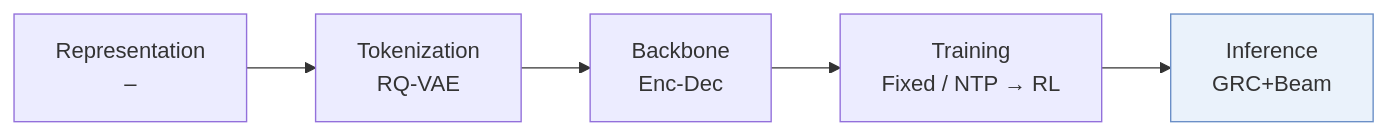
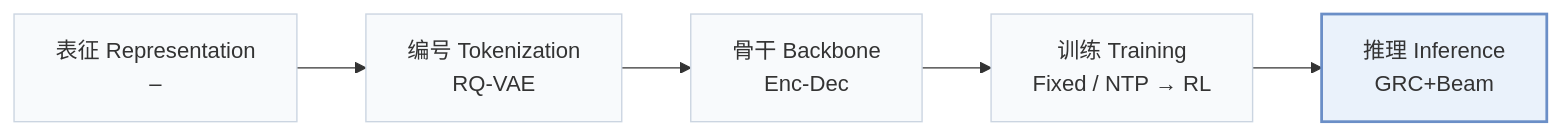
The first of 2 diagrams in pages/zh/papers/grc.md (Galaxy-ghost/Awesome-SID-Generative-Rec), drawn with Mermaid before and after one commit. The commit also changed other lines of this file and 649 other files, not shown here.

Commit message:
writer-05: also tags and modality index (schema, check, build, visuals); summary field removed; calibration data for 12 papers

````diff
--- a/pages/zh/papers/grc.md
+++ b/pages/zh/papers/grc.md
@@ -13,6 +15,8 @@
 ```mermaid
 flowchart LR
-    R["Representation<br/>–"] --> T["Tokenization<br/>RQ-VAE"] --> B["Backbone<br/>Enc-Dec"] --> TR["Training<br/>Fixed / NTP → RL"] --> I["Inference<br/>GRC+Beam"]
-    classDef main fill:#eaf2fb,stroke:#6b8fc7
+    R["表征 Representation<br/>–"] --> T["编号 Tokenization<br/>RQ-VAE"] --> B["骨干 Backbone<br/>Enc-Dec"] --> TR["训练 Training<br/>Fixed / NTP → RL"] --> I["推理 Inference<br/>GRC+Beam"]
+    classDef base fill:#f8fafc,stroke:#cbd5e1
+    class R,T,B,TR,I base
+    classDef main fill:#eaf2fb,stroke:#6b8fc7,stroke-width:2px
     class I main
 ```
````
